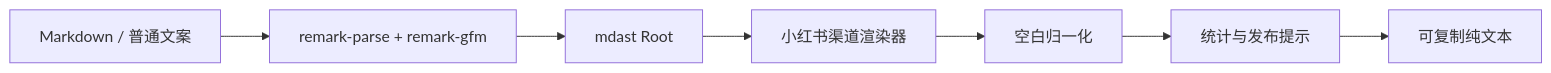
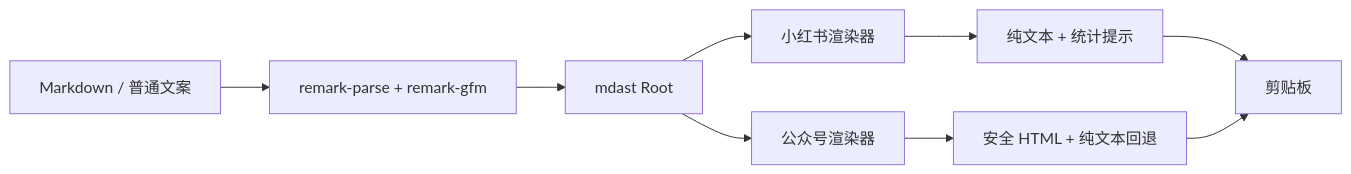
The diagram in README.md (smilexiaobao1992/zhijian-copy-studio), drawn with Mermaid before and after one commit. The commit also changed other lines of this file and 23 other files, not shown here.

````diff
--- a/README.md
+++ b/README.md
@@ -35,9 +43,11 @@
 ```mermaid
 flowchart LR
   A[Markdown / 普通文案] --> B[remark-parse + remark-gfm]
   B --> C[mdast Root]
-  C --> D[小红书渠道渲染器]
-  D --> E[空白归一化]
-  E --> F[统计与发布提示]
-  F --> G[可复制纯文本]
+  C --> D[小红书渲染器]
+  C --> E[公众号渲染器]
+  D --> F[纯文本 + 统计提示]
+  E --> G[安全 HTML + 纯文本回退]
+  F --> H[剪贴板]
+  G --> H
 ```
````
